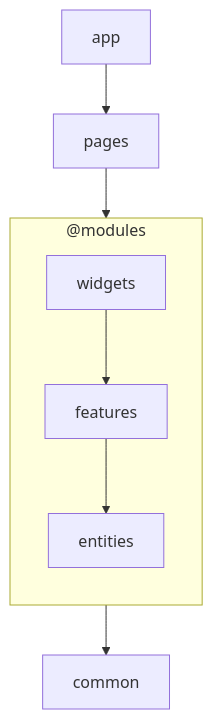
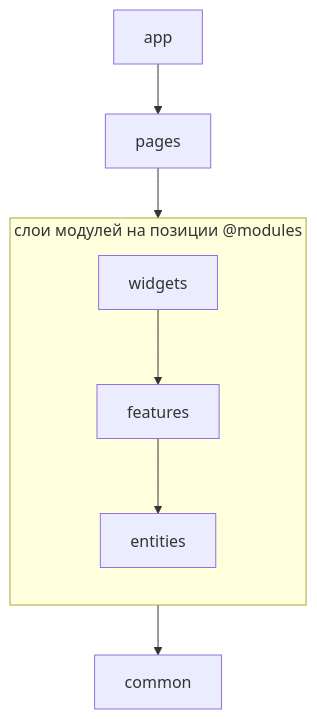
Before and after one commit to jt4d-lab/weld: the diagram in docs/mechanics/layers.md, drawn with Mermaid. The commit also changed other lines of this file, not shown here.

Commit message:
docs: уточнить роль маркера @modules в схеме слоёв

````diff
--- a/docs/mechanics/layers.md
+++ b/docs/mechanics/layers.md
@@ -30,8 +33,8 @@
 ```mermaid
 flowchart TB
-    subgraph modules["@modules"]
+    subgraph moduleLayers["слои модулей на позиции @modules"]
         direction TB
         widgets --> features --> entities
     end
-    app --> pages --> modules --> common
+    app --> pages --> moduleLayers --> common
 ```
````
